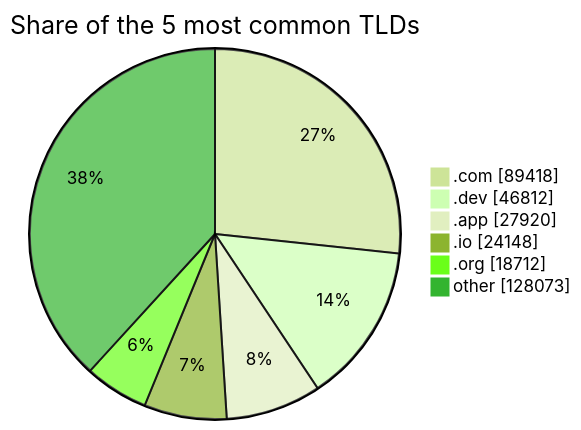
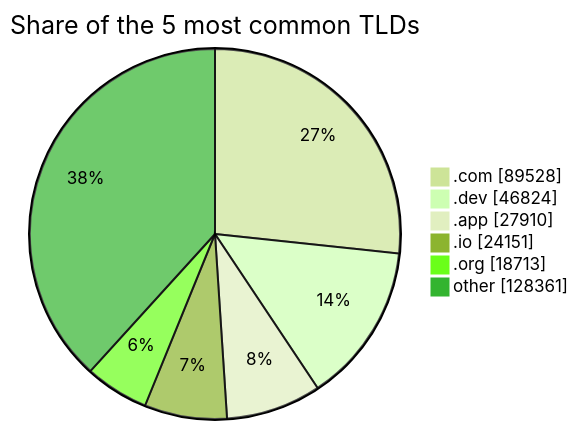
The third of 3 diagrams in README.md (DNSBunker/CTI), drawn with Mermaid (forest theme) before and after one commit. The commit also changed other lines of this file and 3 other files, not shown here.

````diff
--- a/README.md
+++ b/README.md
@@ -81,9 +81,9 @@
 ```mermaid
 pie showData title Share of the 5 most common TLDs
-    ".com" : 89418
-    ".dev" : 46812
-    ".app" : 27920
-    ".io" : 24148
-    ".org" : 18712
-    "other" : 128073
+    ".com" : 89528
+    ".dev" : 46824
+    ".app" : 27910
+    ".io" : 24151
+    ".org" : 18713
+    "other" : 128361
 ```
````
